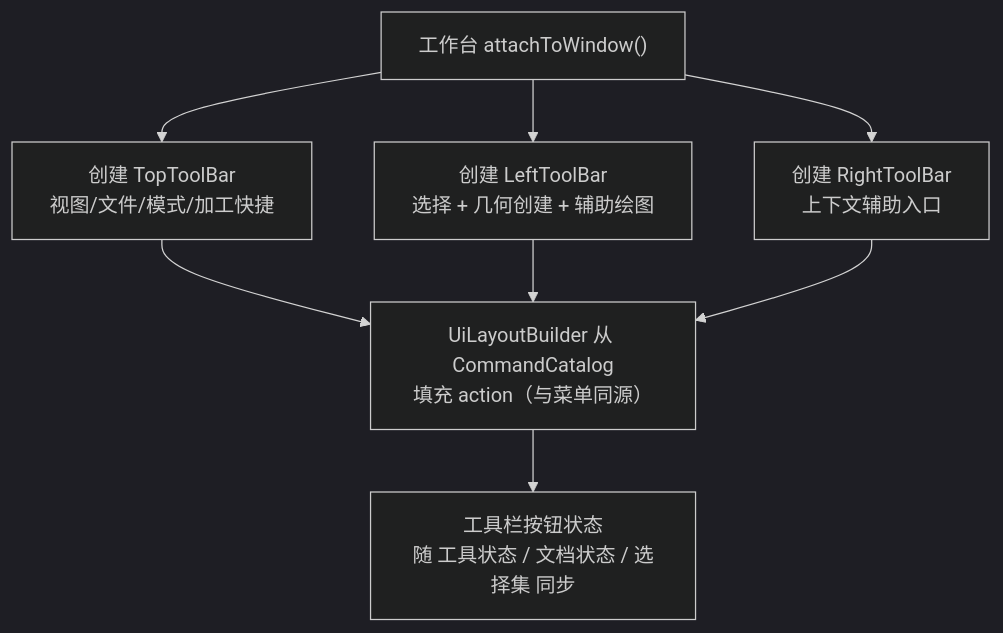
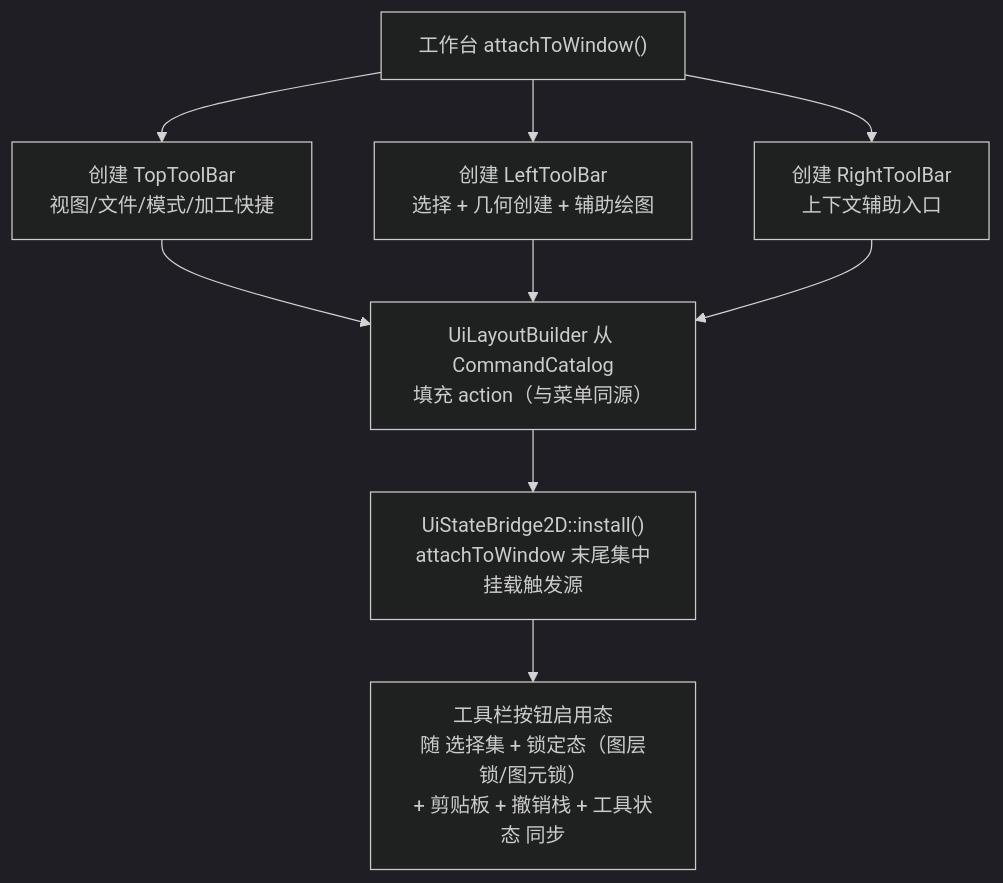
One commit to yulinxx/CAD changed the fifth of 16 diagrams in Docs/01-当前架构/UI交互流程.md. Above: the diagram before and after it, drawn with Mermaid (dark theme). The commit also changed other lines of this file and 12 other files, not shown here.

````diff
--- a/Docs/01-当前架构/UI交互流程.md
+++ b/Docs/01-当前架构/UI交互流程.md
@@ -151,10 +158,11 @@
 ```mermaid
 flowchart TD
     Attach["工作台 attachToWindow()"] --> Top["创建 TopToolBar<br/>视图/文件/模式/加工快捷"]
     Attach --> Left["创建 LeftToolBar<br/>选择 + 几何创建 + 辅助绘图"]
     Attach --> Right["创建 RightToolBar<br/>上下文辅助入口"]
     Top --> Bind["UiLayoutBuilder 从 CommandCatalog<br/>填充 action（与菜单同源）"]
     Left --> Bind
     Right --> Bind
-    Bind --> Sync["工具栏按钮状态<br/>随 工具状态 / 文档状态 / 选择集 同步"]
+    Bind --> Install["UiStateBridge2D::install()<br/>attachToWindow 末尾集中挂载触发源"]
+    Install --> Sync["工具栏按钮启用态<br/>随 选择集 + 锁定态（图层锁/图元锁）<br/>+ 剪贴板 + 撤销栈 + 工具状态 同步"]
 ```
````
